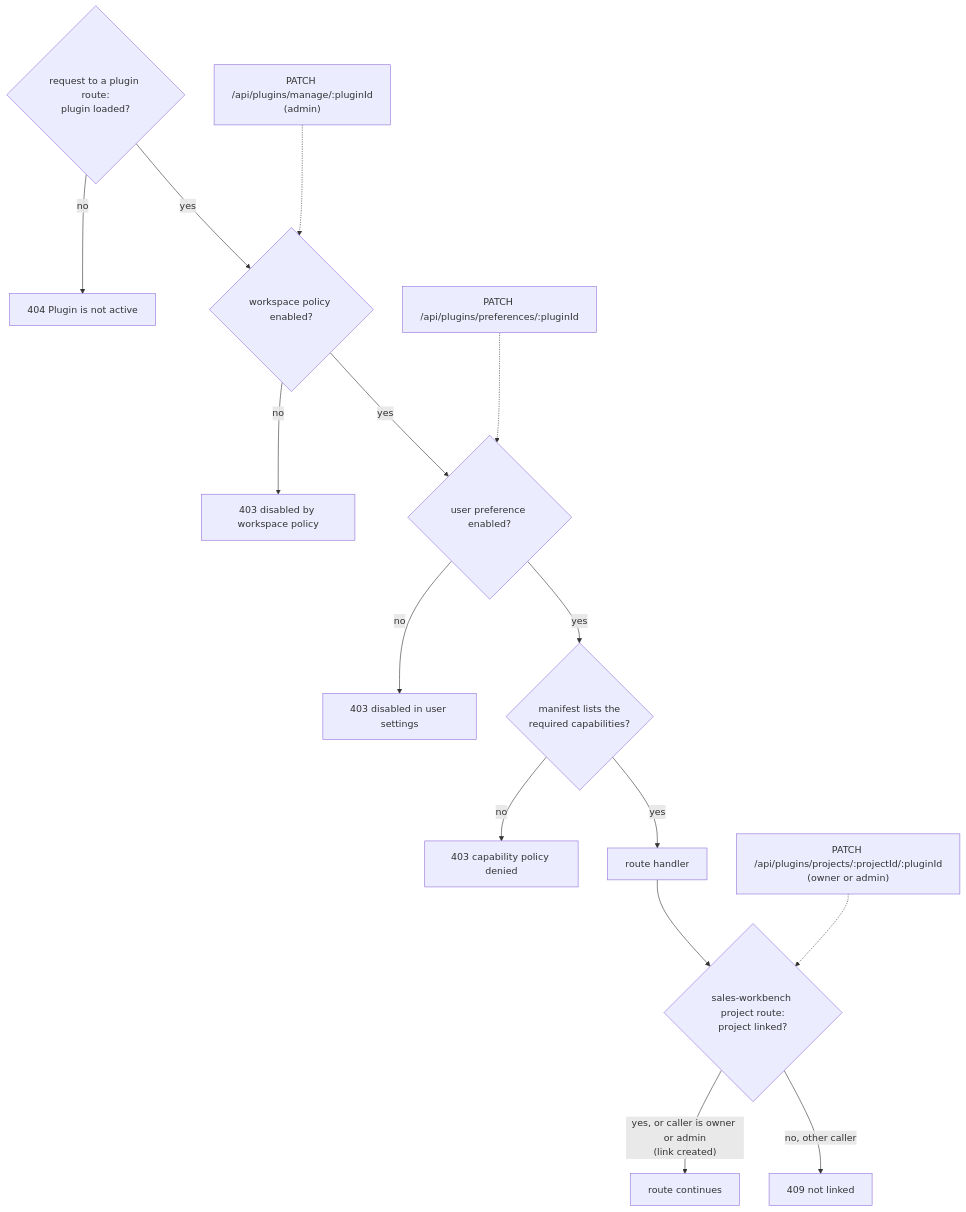
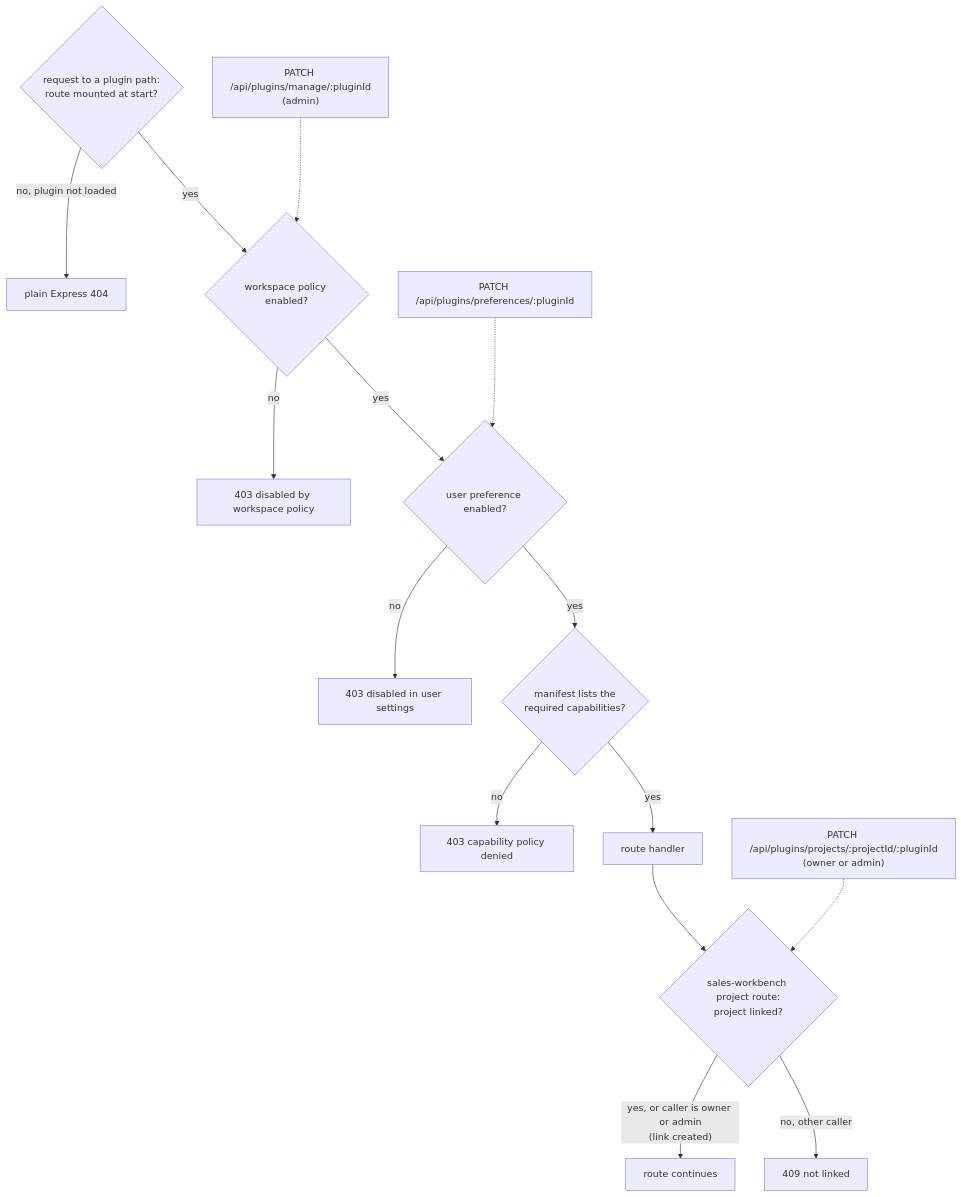
The second of 2 diagrams in docs/PLUGIN_ARCHITECTURE.md (LanNguyenSi/triologue), drawn with Mermaid before and after one commit. The commit also changed other lines of this file and 9 other files, not shown here.

````diff
--- a/docs/PLUGIN_ARCHITECTURE.md
+++ b/docs/PLUGIN_ARCHITECTURE.md
@@ -109,17 +110,17 @@
 ```mermaid
 flowchart TD
-  g1{"request to a plugin route:<br/>plugin loaded?"} -->|no| e404["404 Plugin is not active"]
+  g1{"request to a plugin path:<br/>route mounted at start?"} -->|"no, plugin not loaded"| e404["plain Express 404"]
   g1 -->|yes| g2{"workspace policy enabled?"}
   g2 -->|no| e403a["403 disabled by workspace policy"]
   g2 -->|yes| g3{"user preference enabled?"}
   g3 -->|no| e403b["403 disabled in user settings"]
   g3 -->|yes| g4{"manifest lists the<br/>required capabilities?"}
   g4 -->|no| e403c["403 capability policy denied"]
   g4 -->|yes| h["route handler"]
   h --> link{"sales-workbench project route:<br/>project linked?"}
   link -->|"yes, or caller is owner or admin<br/>(link created)"| run["route continues"]
   link -->|no, other caller| e409["409 not linked"]
   admin["PATCH /api/plugins/manage/:pluginId<br/>(admin)"] -.-> g2
   user["PATCH /api/plugins/preferences/:pluginId"] -.-> g3
   owner["PATCH /api/plugins/projects/:projectId/:pluginId<br/>(owner or admin)"] -.-> link
 ```
````
